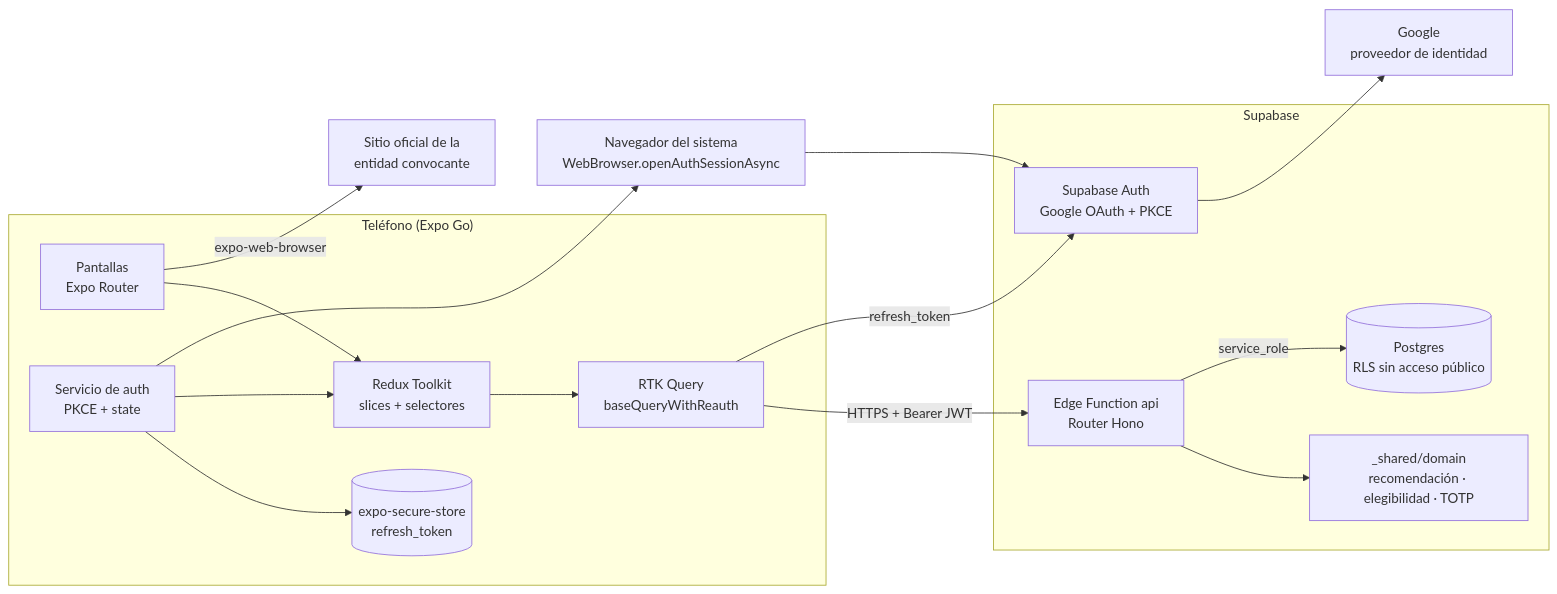
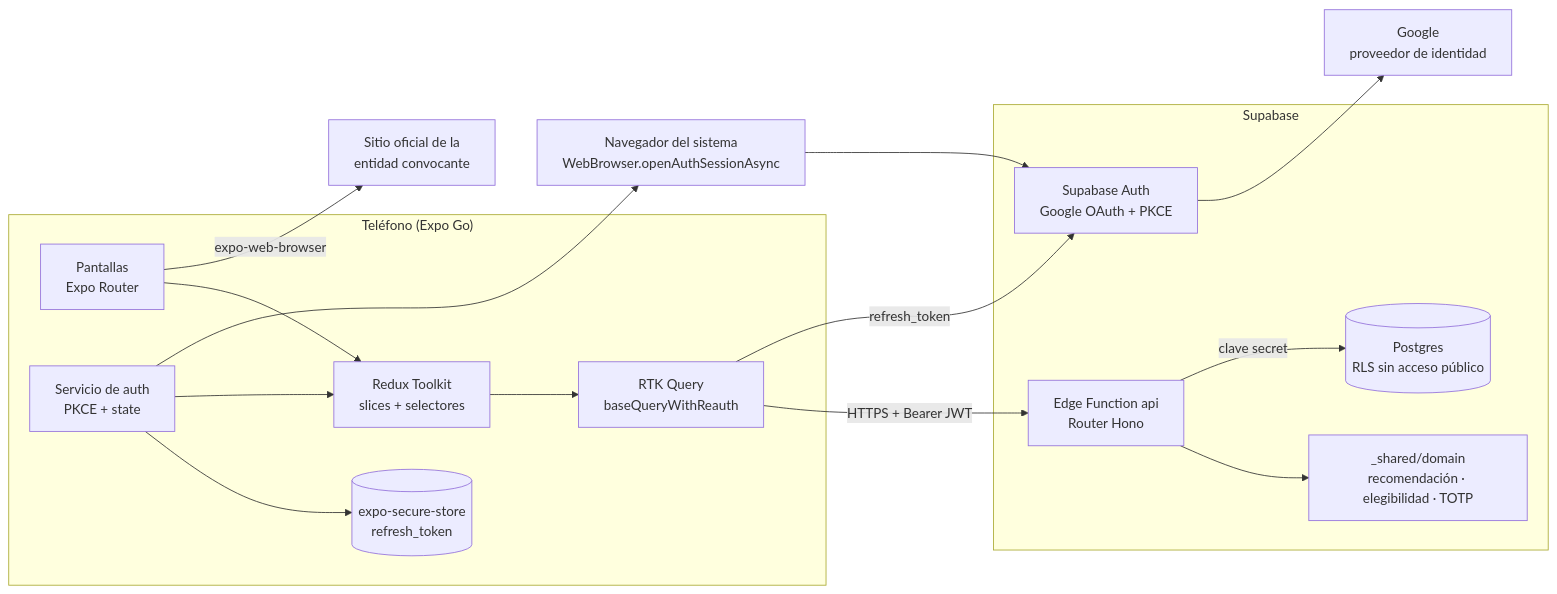
One commit to Carlos22709/Orienta- changed the first of 5 diagrams in docs/architecture/diseno-backend.md. Above: the diagram before and after it, drawn with Mermaid. The commit also changed other lines of this file and 4 other files, not shown here.

````diff
--- a/docs/architecture/diseno-backend.md
+++ b/docs/architecture/diseno-backend.md
@@ -8,28 +8,28 @@
 ```mermaid
 flowchart LR
   subgraph Phone["Teléfono (Expo Go)"]
     UI["Pantallas<br/>Expo Router"] --> Store["Redux Toolkit<br/>slices + selectores"]
     Store --> RTKQ["RTK Query<br/>baseQueryWithReauth"]
     Auth["Servicio de auth<br/>PKCE + state"] --> Secure[("expo-secure-store<br/>refresh_token")]
     Auth --> Store
   end
 
   Browser["Navegador del sistema<br/>WebBrowser.openAuthSessionAsync"]
 
   subgraph Supabase
     GoTrue["Supabase Auth<br/>Google OAuth + PKCE"]
     API["Edge Function api<br/>Router Hono"]
     Domain["_shared/domain<br/>recomendación · elegibilidad · TOTP"]
     DB[("Postgres<br/>RLS sin acceso público")]
   end
 
   Google["Google<br/>proveedor de identidad"]
   Official["Sitio oficial de la<br/>entidad convocante"]
 
   Auth --> Browser --> GoTrue --> Google
   RTKQ -->|"HTTPS + Bearer JWT"| API
   RTKQ -->|"refresh_token"| GoTrue
   API --> Domain
-  API -->|"service_role"| DB
+  API -->|"clave secret"| DB
   UI -->|"expo-web-browser"| Official
 ```
````
